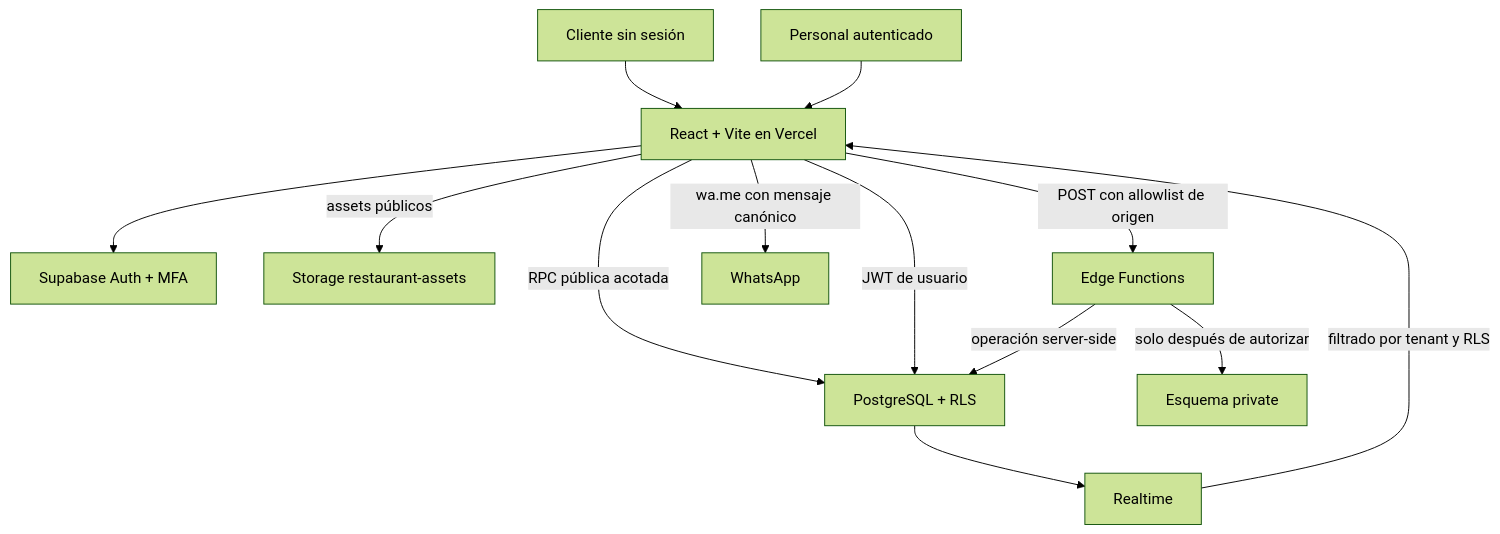
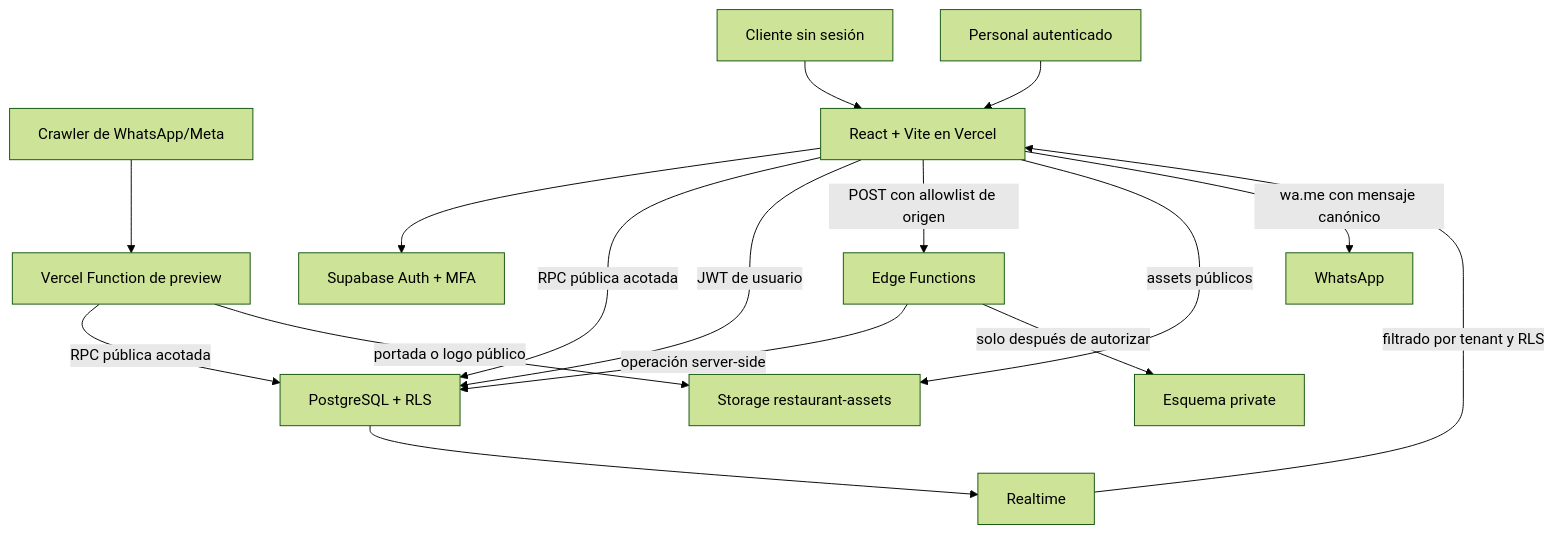
One commit to LautaroGalvan2024/mozzi-menu-digital changed the diagram in docs/architecture.md. Above: the diagram before and after it, drawn with Mermaid (forest theme). The commit also changed other lines of this file and 13 other files, not shown here.

````diff
--- a/docs/architecture.md
+++ b/docs/architecture.md
@@ -7,26 +7,31 @@
 ```mermaid
 flowchart TB
   Customer[Cliente sin sesión]
+  Crawler[Crawler de WhatsApp/Meta]
   Staff[Personal autenticado]
   SPA[React + Vite en Vercel]
+  Preview[Vercel Function de preview]
   Auth[Supabase Auth + MFA]
   Data[PostgreSQL + RLS]
   Private[Esquema private]
   Storage[Storage restaurant-assets]
   Edge[Edge Functions]
   Realtime[Realtime]
   WhatsApp[WhatsApp]
 
   Customer --> SPA
+  Crawler --> Preview
+  Preview -->|RPC pública acotada| Data
+  Preview -->|portada o logo público| Storage
   Staff --> SPA
   SPA --> Auth
   SPA -->|RPC pública acotada| Data
   SPA -->|JWT de usuario| Data
   SPA -->|POST con allowlist de origen| Edge
   SPA -->|assets públicos| Storage
   Edge -->|operación server-side| Data
   Edge -->|solo después de autorizar| Private
   Data --> Realtime
   Realtime -->|filtrado por tenant y RLS| SPA
   SPA -->|wa.me con mensaje canónico| WhatsApp
 ```
````
